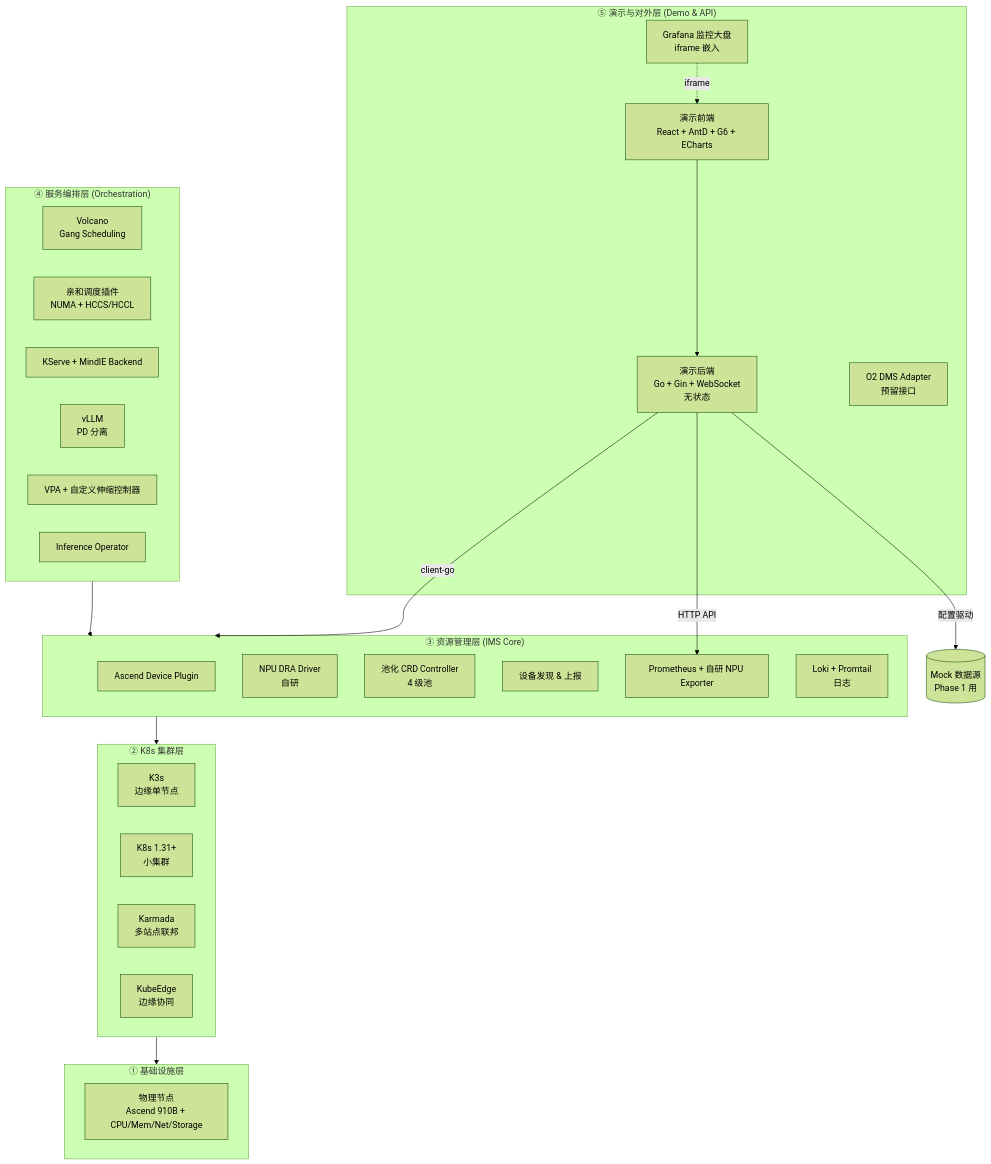
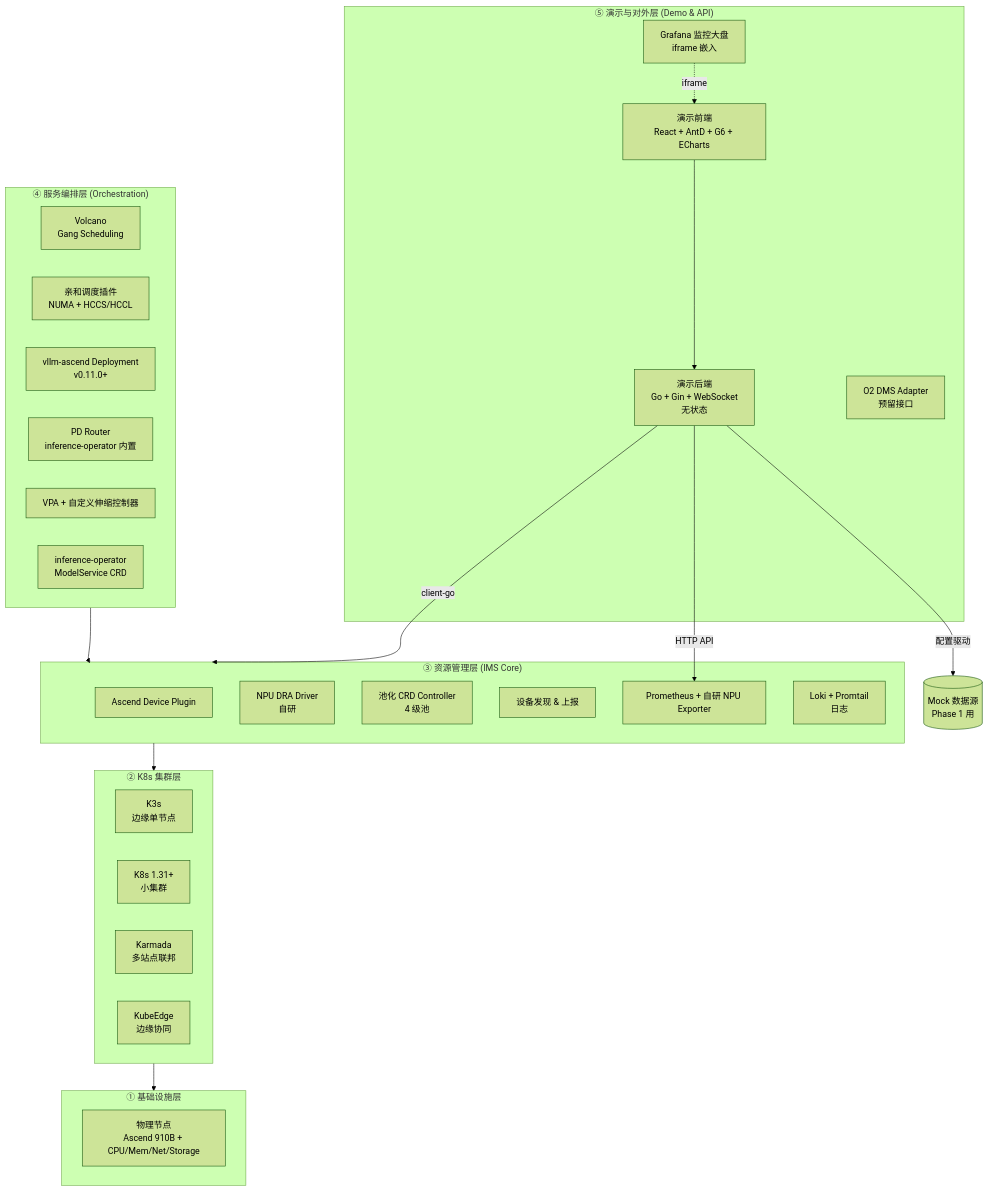
Before and after one commit to tech88-art/O-Cloud: the first of 3 diagrams in docs/architecture.md, drawn with Mermaid (forest theme). The commit also changed other lines of this file and 4 other files, not shown here.

````diff
--- a/docs/architecture.md
+++ b/docs/architecture.md
@@ -63,48 +63,48 @@
 ```mermaid
 flowchart TB
     subgraph L5["⑤ 演示与对外层 (Demo & API)"]
         FE[演示前端<br/>React + AntD + G6 + ECharts]
         GR[Grafana 监控大盘<br/>iframe 嵌入]
         BE[演示后端<br/>Go + Gin + WebSocket<br/>无状态]
         O2[O2 DMS Adapter<br/>预留接口]
     end
 
     subgraph L4["④ 服务编排层 (Orchestration)"]
         VOL[Volcano<br/>Gang Scheduling]
         SP[亲和调度插件<br/>NUMA + HCCS/HCCL]
-        KS[KServe + MindIE Backend]
-        VLLM[vLLM<br/>PD 分离]
+        VAS[vllm-ascend Deployment<br/>v0.11.0+]
+        ROUTER[PD Router<br/>inference-operator 内置]
         VPA[VPA + 自定义伸缩控制器]
-        IO[Inference Operator]
+        IO[inference-operator<br/>ModelService CRD]
     end
 
     subgraph L3["③ 资源管理层 (IMS Core)"]
         ADP[Ascend Device Plugin]
         DRA[NPU DRA Driver<br/>自研]
         POOL[池化 CRD Controller<br/>4 级池]
         DISC[设备发现 & 上报]
         PROM[Prometheus + 自研 NPU Exporter]
         LOKI[Loki + Promtail<br/>日志]
     end
 
     subgraph L2["② K8s 集群层"]
         K3S[K3s<br/>边缘单节点]
         K8S[K8s 1.31+<br/>小集群]
         KAR[Karmada<br/>多站点联邦]
         KE[KubeEdge<br/>边缘协同]
     end
 
     subgraph L1["① 基础设施层"]
         HW[物理节点<br/>Ascend 910B + CPU/Mem/Net/Storage]
     end
 
     FE --> BE
     GR -.iframe.-> FE
     BE -->|client-go| L3
     BE -->|HTTP API| PROM
     BE -->|配置驱动| MOCK[(Mock 数据源<br/>Phase 1 用)]
 
     L4 --> L3
     L3 --> L2
     L2 --> L1
 ```
````
